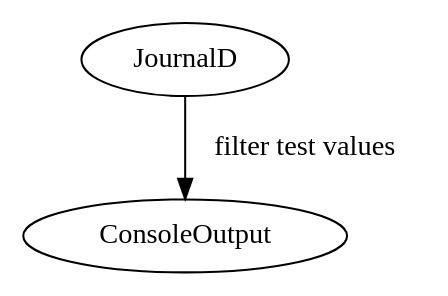
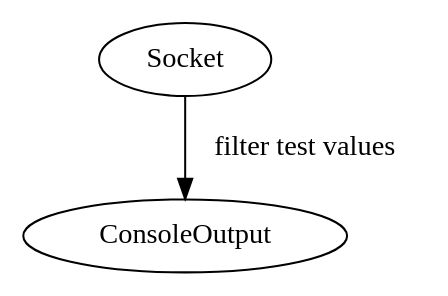
Before and after one commit to sinkingpoint/clogger: the diagram in config.dot, drawn with Graphviz. The commit also changed 10 other files, not shown here.

```diff
--- a/config.dot
+++ b/config.dot
@@ -1,6 +1,6 @@
 digraph pipeline {
-  JournalD [type=journald]
+  Socket [type=socket]
   ConsoleOutput [type=stdout format=console color=true]
 
-  JournalD -> ConsoleOutput [label="filter test values", filter_type=match key=test value=test]
+  Socket -> ConsoleOutput [label="filter test values", filter_type=match key=test value=test]
 }
```
